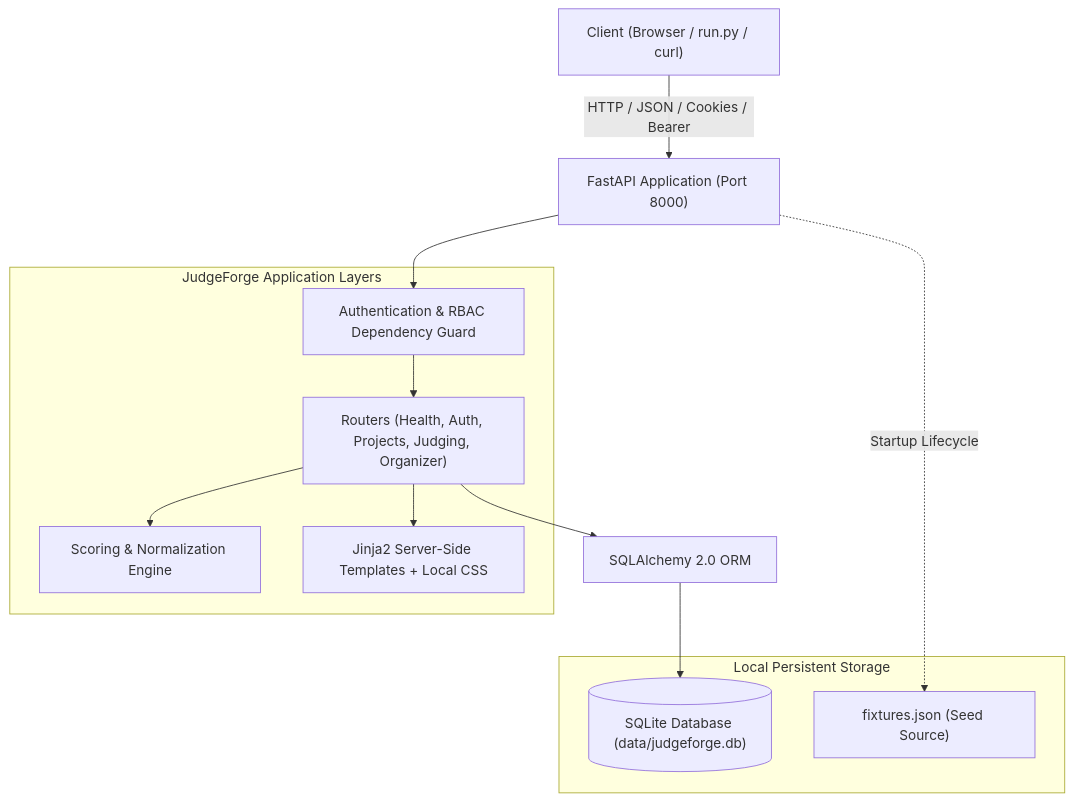
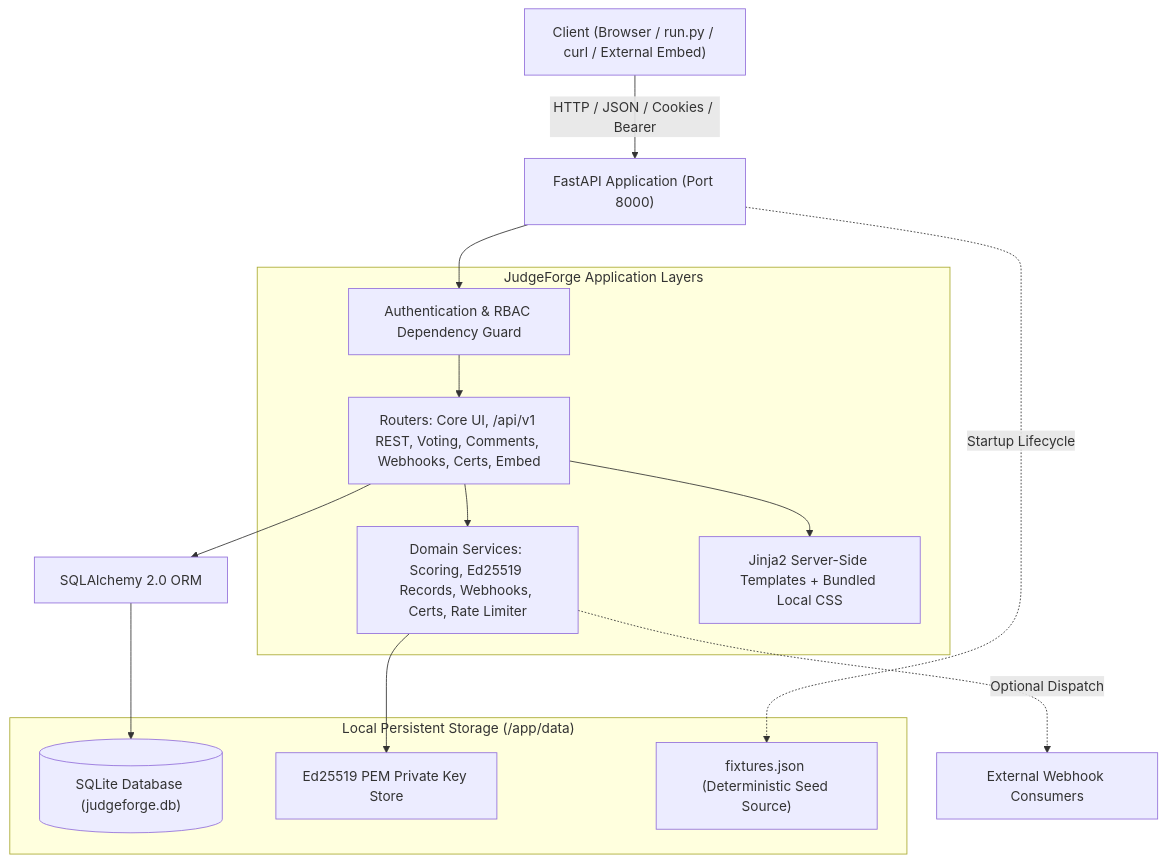
Before and after one commit to 17rajsal/JudgeForge: the first of 2 diagrams in ARCHITECTURE.md, drawn with Mermaid. The commit also changed other lines of this file and 5 other files, not shown here.

````diff
--- a/ARCHITECTURE.md
+++ b/ARCHITECTURE.md
@@ -9,25 +28,28 @@
 ```mermaid
 flowchart TD
-    Client["Client (Browser / run.py / curl)"] -->|HTTP / JSON / Cookies / Bearer| App["FastAPI Application (Port 8000)"]
+    Client["Client (Browser / run.py / curl / External Embed)"] -->|HTTP / JSON / Cookies / Bearer| App["FastAPI Application (Port 8000)"]
     
     subgraph AppLayers ["JudgeForge Application Layers"]
         AuthLayer["Authentication & RBAC Dependency Guard"]
-        RouterLayer["Routers (Health, Auth, Projects, Judging, Organizer)"]
-        ServiceLayer["Scoring & Normalization Engine"]
-        TemplateLayer["Jinja2 Server-Side Templates + Local CSS"]
+        RouterLayer["Routers: Core UI, /api/v1 REST, Voting, Comments, Webhooks, Certs, Embed"]
+        ServiceLayer["Domain Services: Scoring, Ed25519 Records, Webhooks, Certs, Rate Limiter"]
+        TemplateLayer["Jinja2 Server-Side Templates + Bundled Local CSS"]
     end
     
     App --> AuthLayer
     AuthLayer --> RouterLayer
     RouterLayer --> ServiceLayer
     RouterLayer --> TemplateLayer
     RouterLayer --> ORM["SQLAlchemy 2.0 ORM"]
     
-    subgraph DataStorage ["Local Persistent Storage"]
-        DB[("SQLite Database (data/judgeforge.db)")]
-        Fixtures["fixtures.json (Seed Source)"]
+    subgraph DataStorage ["Local Persistent Storage (/app/data)"]
+        DB[("SQLite Database (judgeforge.db)")]
+        KeyStore["Ed25519 PEM Private Key Store"]
+        Fixtures["fixtures.json (Deterministic Seed Source)"]
     end
     
     ORM --> DB
+    ServiceLayer --> KeyStore
     App -.->|Startup Lifecycle| Fixtures
+    ServiceLayer -.->|Optional Dispatch| OutboundWebhooks["External Webhook Consumers"]
 ```
````
